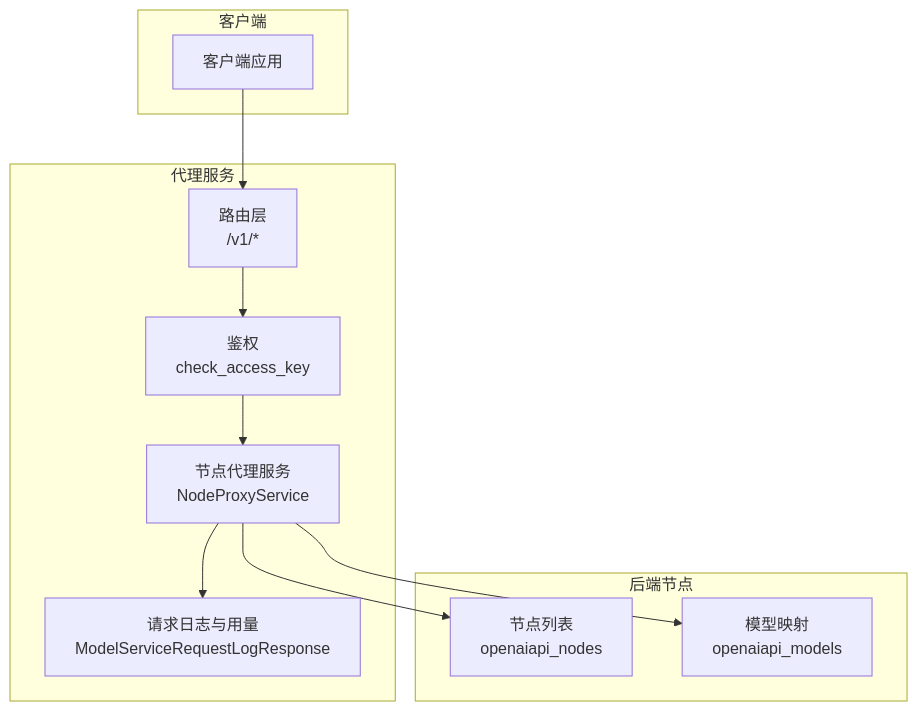
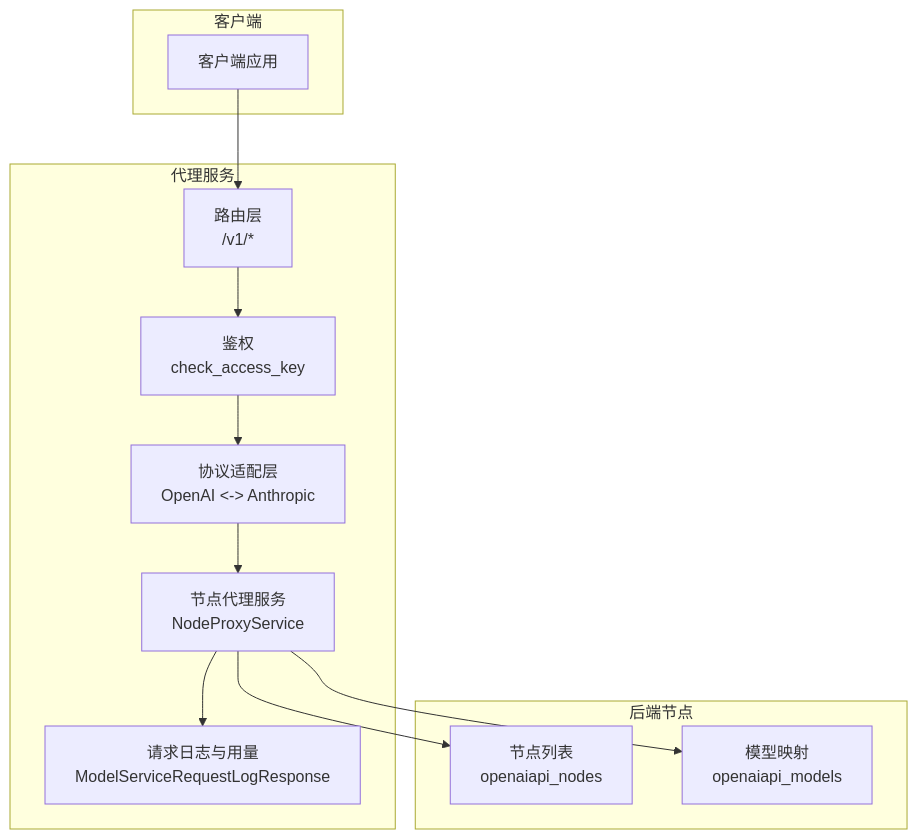
Before and after one commit to snz1dp/apiproxy: the second of 5 diagrams in docs/wiki/content/API参考文档/API参考文档.md, drawn with Mermaid. The commit also changed other lines of this file and 12 other files, not shown here.

````diff
--- a/docs/wiki/content/API参考文档/API参考文档.md
+++ b/docs/wiki/content/API参考文档/API参考文档.md
@@ -96,19 +106,20 @@
 ```mermaid
 graph TB
 subgraph "客户端"
 Client["客户端应用"]
 end
 subgraph "代理服务"
 Router["路由层<br/>/v1/*"]
 Auth["鉴权<br/>check_access_key"]
+Adapter["协议适配层<br/>OpenAI <-> Anthropic"]
 Proxy["节点代理服务<br/>NodeProxyService"]
 Logs["请求日志与用量<br/>ModelServiceRequestLogResponse"]
 end
 subgraph "后端节点"
 Nodes["节点列表<br/>openaiapi_nodes"]
 Models["模型映射<br/>openaiapi_models"]
 end
-Client --> Router --> Auth --> Proxy --> Nodes
+Client --> Router --> Auth --> Adapter --> Proxy --> Nodes
 Proxy --> Models
 Proxy --> Logs
 ```
````
